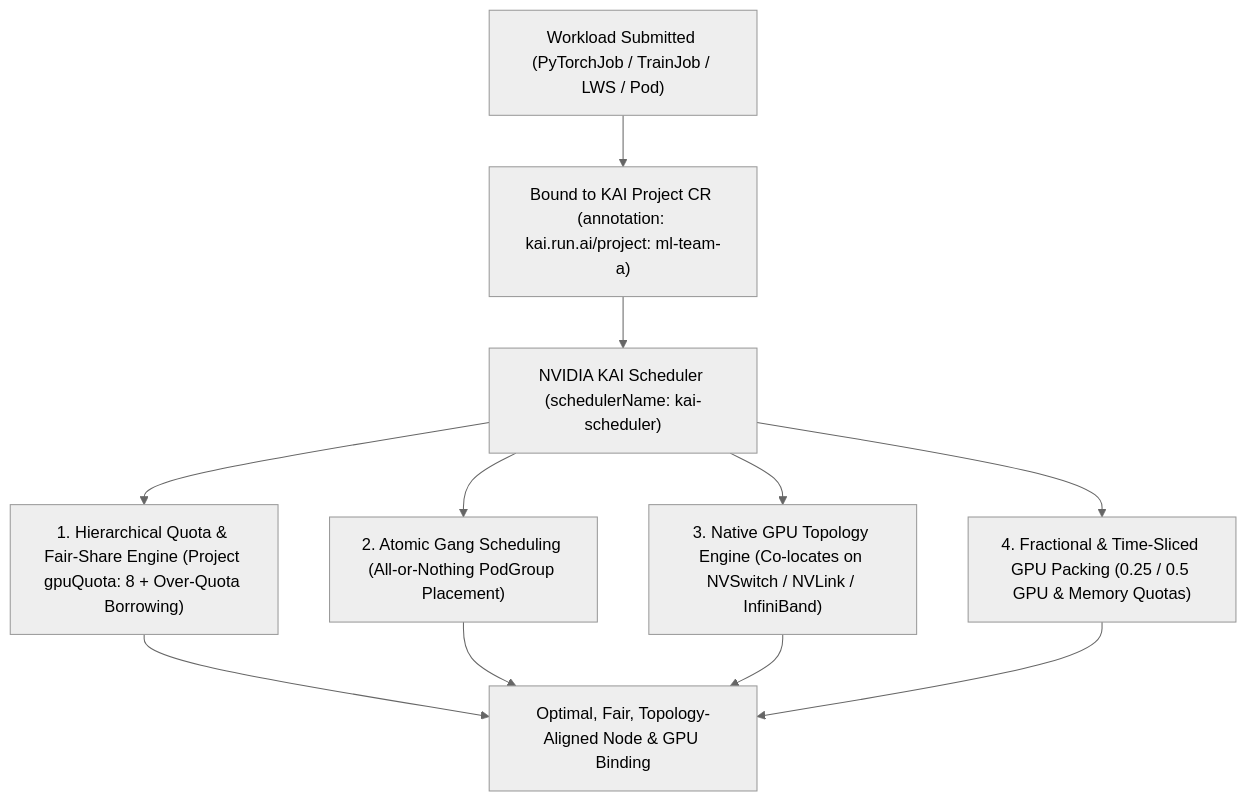
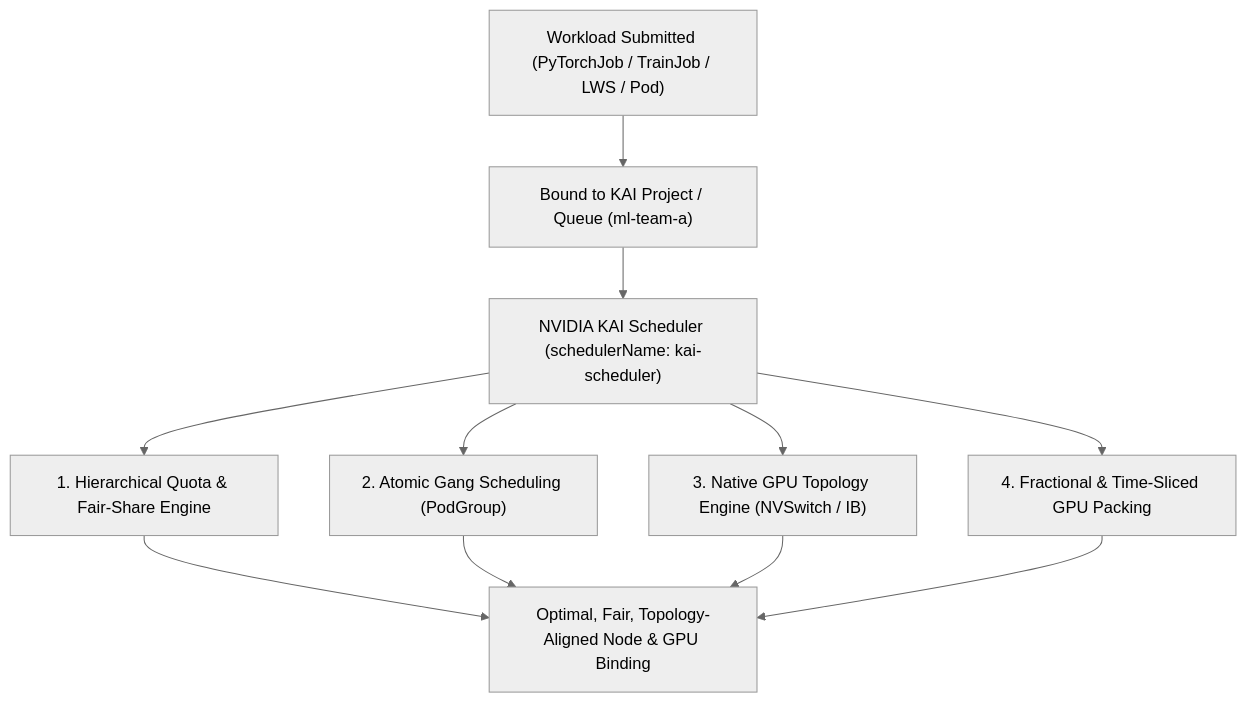
Before and after one commit to jithinpnjm/ai-infra-handbook: the diagram in docs/part-11-gpu-kubernetes/13-kai-scheduler-why-default-scheduling-is-not-enough.md, drawn with Mermaid (neutral theme). The commit also changed other lines of this file and 503 other files, not shown here.

````diff
--- a/docs/part-11-gpu-kubernetes/13-kai-scheduler-why-default-scheduling-is-not-enough.md
+++ b/docs/part-11-gpu-kubernetes/13-kai-scheduler-why-default-scheduling-is-not-enough.md
@@ -94,13 +106,13 @@
 ```mermaid
 flowchart TD
-    Submit["Workload Submitted (PyTorchJob / TrainJob / LWS / Pod)"] --> BindProj["Bound to KAI Project CR (annotation: kai.run.ai/project: ml-team-a)"]
+    Submit["Workload Submitted (PyTorchJob / TrainJob / LWS / Pod)"] --> BindProj["Bound to KAI Project / Queue (ml-team-a)"]
     BindProj --> KAI["NVIDIA KAI Scheduler (schedulerName: kai-scheduler)"]
-    KAI --> P1["1. Hierarchical Quota & Fair-Share Engine (Project gpuQuota: 8 + Over-Quota Borrowing)"]
-    KAI --> P2["2. Atomic Gang Scheduling (All-or-Nothing PodGroup Placement)"]
-    KAI --> P3["3. Native GPU Topology Engine (Co-locates on NVSwitch / NVLink / InfiniBand)"]
-    KAI --> P4["4. Fractional & Time-Sliced GPU Packing (0.25 / 0.5 GPU & Memory Quotas)"]
+    KAI --> P1["1. Hierarchical Quota & Fair-Share Engine"]
+    KAI --> P2["2. Atomic Gang Scheduling (PodGroup)"]
+    KAI --> P3["3. Native GPU Topology Engine (NVSwitch / IB)"]
+    KAI --> P4["4. Fractional & Time-Sliced GPU Packing"]
     P1 --> Place["Optimal, Fair, Topology-Aligned Node & GPU Binding"]
     P2 --> Place
     P3 --> Place
     P4 --> Place
 ```
````
